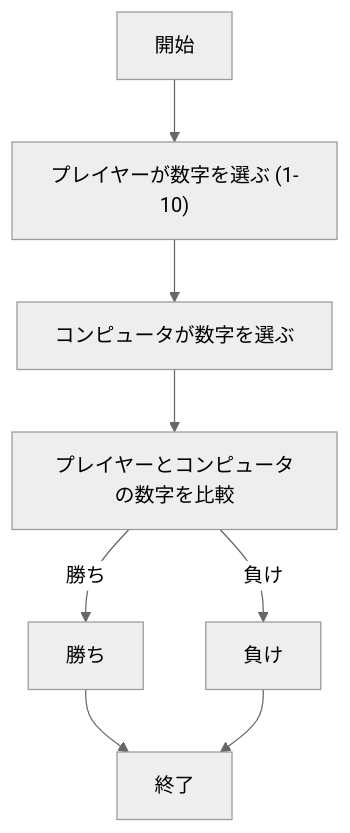
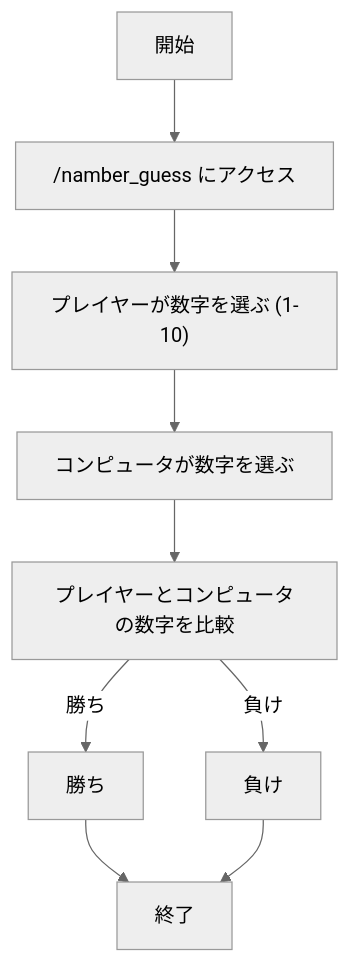
One commit to shigetomiharuto/webpro_06 changed the sixth of 6 diagrams in README.md. Above: the diagram before and after it, drawn with Mermaid (neutral theme). The commit also changed other lines of this file, not shown here.

````diff
--- a/README.md
+++ b/README.md
@@ -102,18 +207,20 @@
 ```mermaid
 flowchart TD;
+ access["/namber_guess にアクセス"]
   start["開始"]
   player_guess["プレイヤーが数字を選ぶ (1-10)"]
   cpu_guess["コンピュータが数字を選ぶ"]
   compare["プレイヤーとコンピュータの数字を比較"]
   win["勝ち"]
   lose["負け"]
   end1["終了"]
 
-  start --> player_guess
+  start --> access
+  access --> player_guess
   player_guess --> cpu_guess
   cpu_guess --> compare
   compare -->|勝ち| win
   compare -->|負け| lose
   win --> end1
   lose --> end1
 ```
````
